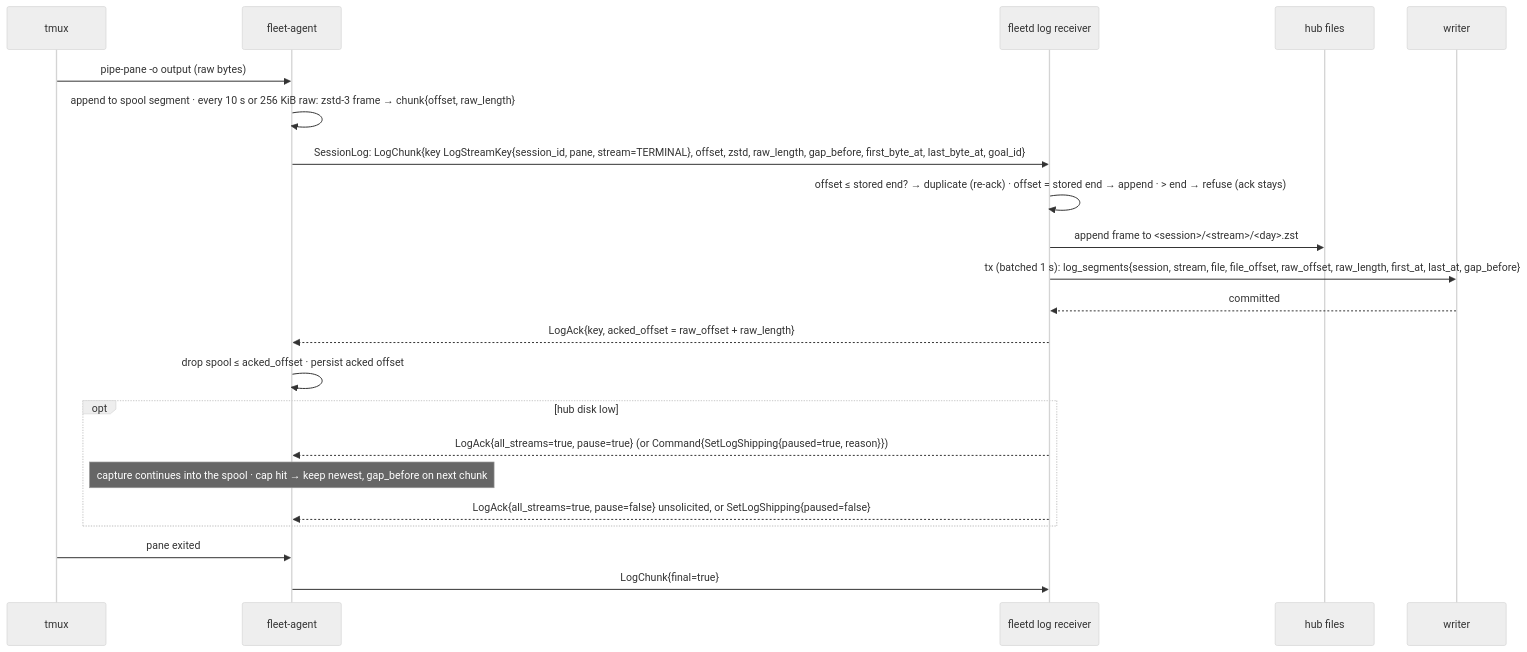
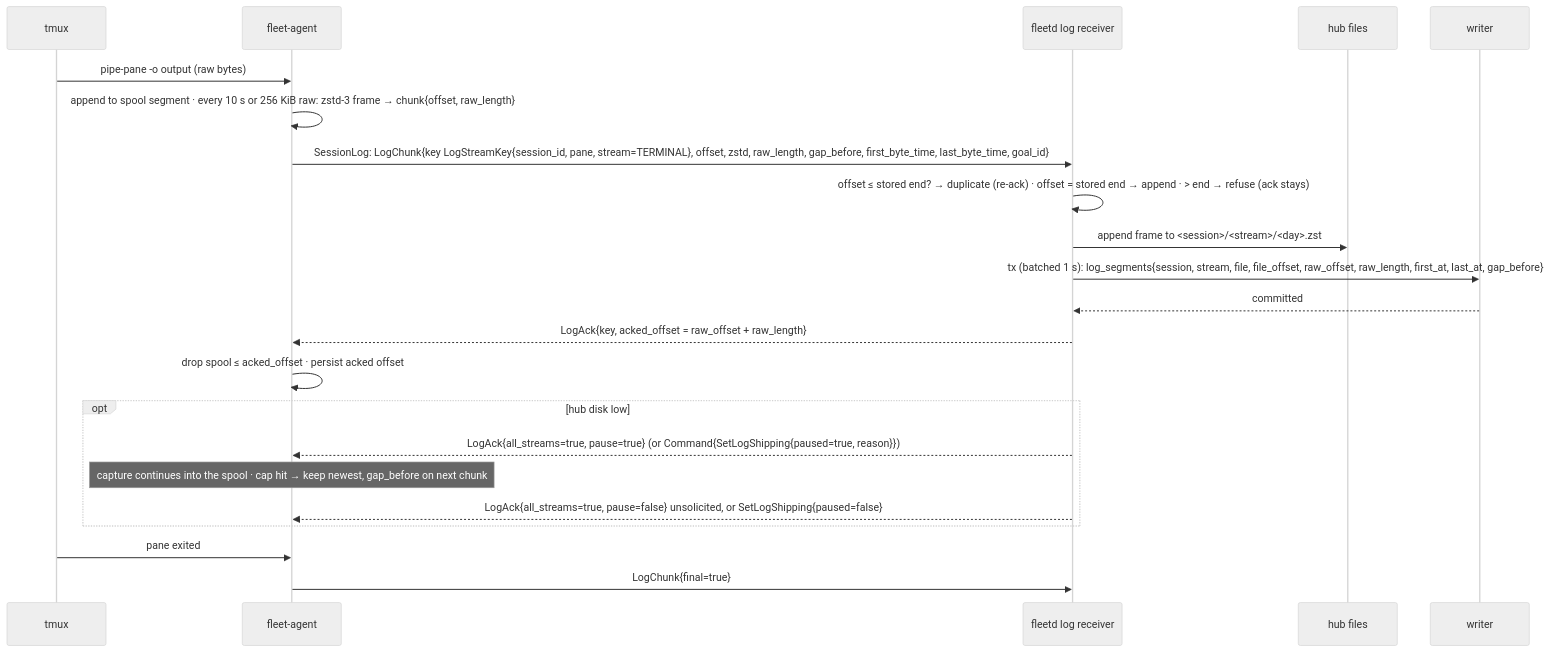
The fourth of 5 diagrams in docs/specs/03d-triage-sessions-logs.md (linuxdynasty/fleet-board), drawn with Mermaid (neutral theme) before and after one commit. The commit also changed other lines of this file and 52 other files, not shown here.

````diff
--- a/docs/specs/03d-triage-sessions-logs.md
+++ b/docs/specs/03d-triage-sessions-logs.md
@@ -252,24 +252,24 @@
 ```mermaid
 sequenceDiagram
   participant T as tmux
   participant A as fleet-agent
   participant H as fleetd log receiver
   participant F as hub files
   participant W as writer
   T->>A: pipe-pane -o output (raw bytes)
   A->>A: append to spool segment · every 10 s or 256 KiB raw: zstd-3 frame → chunk{offset, raw_length}
-  A->>H: SessionLog: LogChunk{key LogStreamKey{session_id, pane, stream=TERMINAL}, offset, zstd, raw_length, gap_before, first_byte_at, last_byte_at, goal_id}
+  A->>H: SessionLog: LogChunk{key LogStreamKey{session_id, pane, stream=TERMINAL}, offset, zstd, raw_length, gap_before, first_byte_time, last_byte_time, goal_id}
   H->>H: offset ≤ stored end? → duplicate (re-ack) · offset = stored end → append · > end → refuse (ack stays)
   H->>F: append frame to <session>/<stream>/<day>.zst
   H->>W: tx (batched 1 s): log_segments{session, stream, file, file_offset, raw_offset, raw_length, first_at, last_at, gap_before}
   W-->>H: committed
   H-->>A: LogAck{key, acked_offset = raw_offset + raw_length}
   A->>A: drop spool ≤ acked_offset · persist acked offset
   opt hub disk low
     H-->>A: LogAck{all_streams=true, pause=true} (or Command{SetLogShipping{paused=true, reason}})
     Note over A: capture continues into the spool · cap hit → keep newest, gap_before on next chunk
     H-->>A: LogAck{all_streams=true, pause=false} unsolicited, or SetLogShipping{paused=false}
   end
   T->>A: pane exited
   A->>H: LogChunk{final=true}
 ```
````
